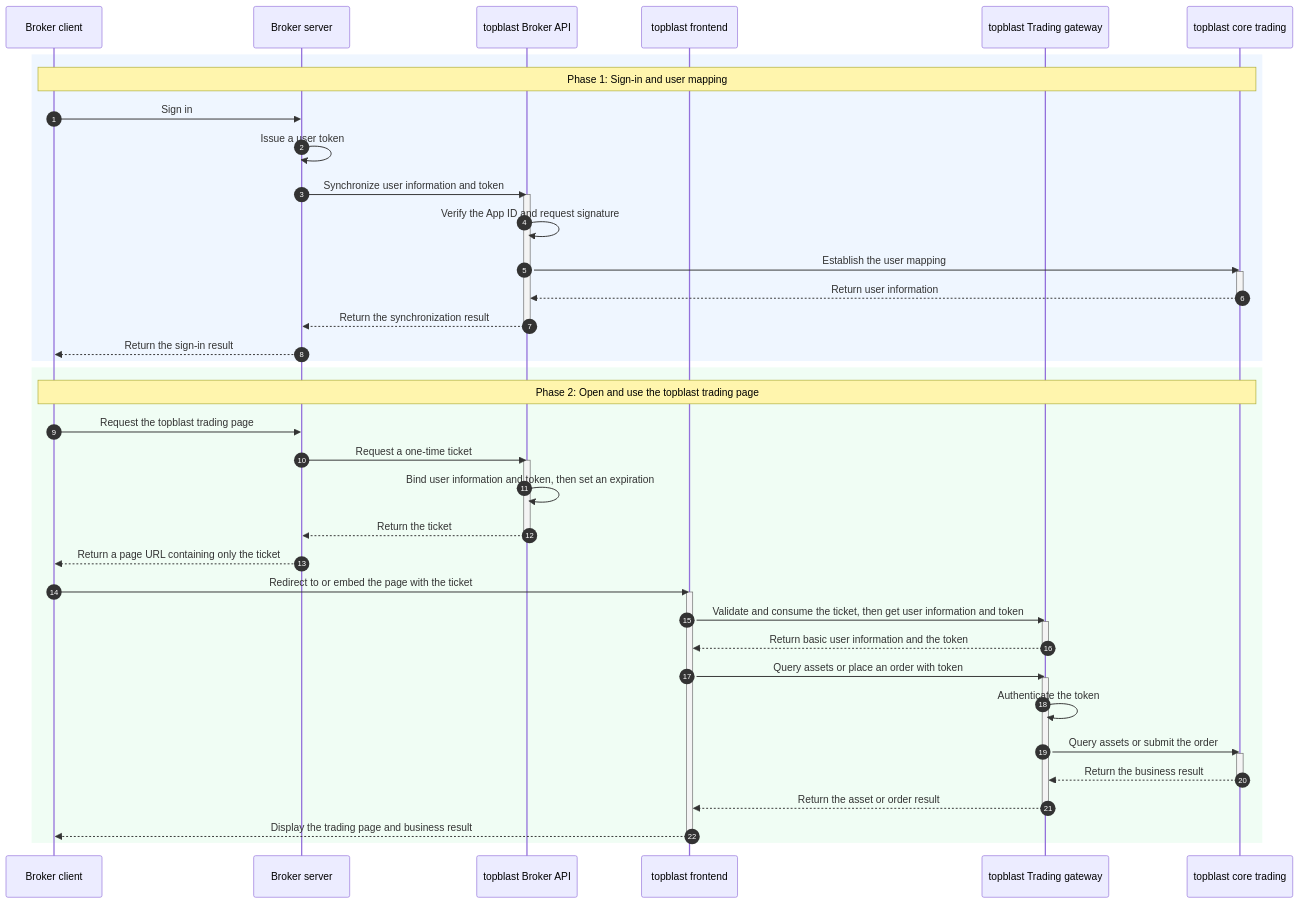
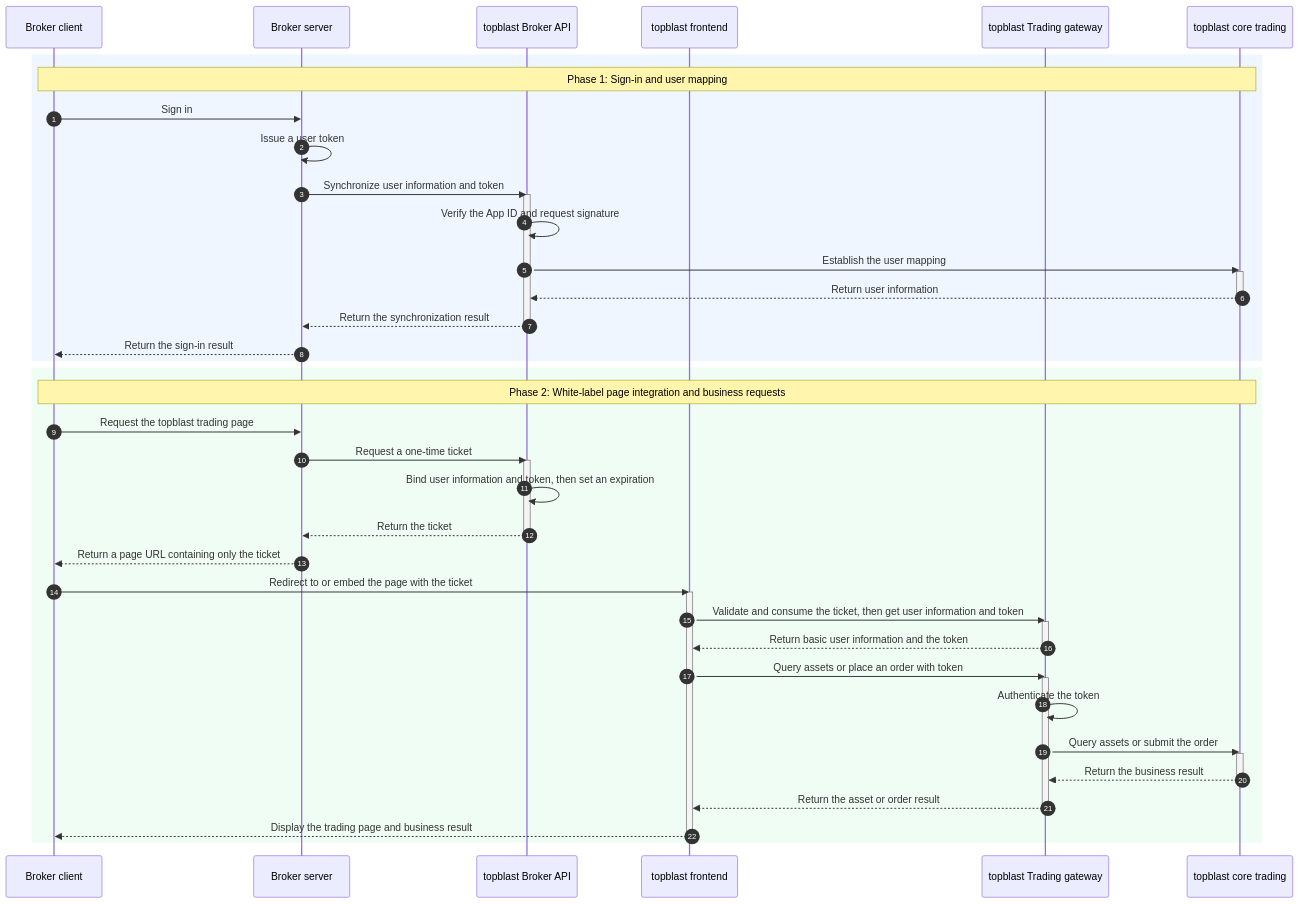
The second of 2 diagrams in en/broker/guide/integration-flow.mdx (topblast-trade/docs), drawn with Mermaid before and after one commit. The commit also changed other lines of this file and 1 other file, not shown here.

Commit message:
docs: streamline integration flow guide

````diff
--- a/en/broker/guide/integration-flow.mdx
+++ b/en/broker/guide/integration-flow.mdx
@@ -88,57 +86,57 @@
 ```mermaid
 sequenceDiagram
     autonumber
 
     participant BrokerClient as Broker client
     participant BrokerServer as Broker server
     participant BrokerAPI as topblast Broker API
     participant TopBlastWeb as topblast frontend
     participant Gateway as topblast Trading gateway
     participant Core as topblast core trading
 
     rect rgb(239, 246, 255)
         Note over BrokerClient,Core: Phase 1: Sign-in and user mapping
 
         BrokerClient->>BrokerServer: Sign in
         BrokerServer->>BrokerServer: Issue a user token
         BrokerServer->>BrokerAPI: Synchronize user information and token
         activate BrokerAPI
         BrokerAPI->>BrokerAPI: Verify the App ID and request signature
         BrokerAPI->>Core: Establish the user mapping
         activate Core
         Core-->>BrokerAPI: Return user information
         deactivate Core
         BrokerAPI-->>BrokerServer: Return the synchronization result
         deactivate BrokerAPI
         BrokerServer-->>BrokerClient: Return the sign-in result
     end
 
     rect rgb(240, 253, 244)
-        Note over BrokerClient,Core: Phase 2: Open and use the topblast trading page
+        Note over BrokerClient,Core: Phase 2: White-label page integration and business requests
 
         BrokerClient->>BrokerServer: Request the topblast trading page
         BrokerServer->>BrokerAPI: Request a one-time ticket
         activate BrokerAPI
         BrokerAPI->>BrokerAPI: Bind user information and token, then set an expiration
         BrokerAPI-->>BrokerServer: Return the ticket
         deactivate BrokerAPI
         BrokerServer-->>BrokerClient: Return a page URL containing only the ticket
         BrokerClient->>TopBlastWeb: Redirect to or embed the page with the ticket
         activate TopBlastWeb
         TopBlastWeb->>Gateway: Validate and consume the ticket, then get user information and token
         activate Gateway
         Gateway-->>TopBlastWeb: Return basic user information and the token
         deactivate Gateway
         TopBlastWeb->>Gateway: Query assets or place an order with token
         activate Gateway
         Gateway->>Gateway: Authenticate the token
         Gateway->>Core: Query assets or submit the order
         activate Core
         Core-->>Gateway: Return the business result
         deactivate Core
         Gateway-->>TopBlastWeb: Return the asset or order result
         deactivate Gateway
         TopBlastWeb-->>BrokerClient: Display the trading page and business result
         deactivate TopBlastWeb
     end
 ```
````
